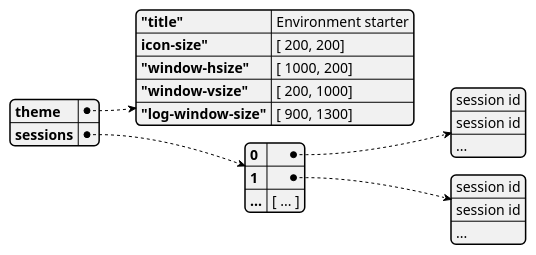
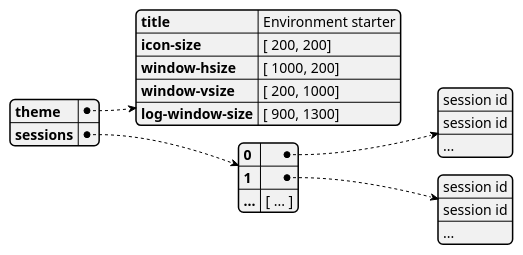
Before and after one commit to MARTIMM/SessionManager: the fifth of 7 diagrams in doc/session-manager.md, drawn with PlantUML. The commit also changed other lines of this file, not shown here.

````diff
--- a/doc/session-manager.md
+++ b/doc/session-manager.md
@@ -199,24 +196,24 @@
 ```plantuml
 @startyaml
 
 theme:
-  "title": Environment starter
+  title: Environment starter
 
-  icon-size": [ 200, 200]
-  "window-hsize": [ 1000, 200]
-  "window-vsize": [ 200, 1000]
-  "log-window-size": [ 900, 1300]
+  icon-size: [ 200, 200]
+  window-hsize: [ 1000, 200]
+  window-vsize: [ 200, 1000]
+  log-window-size: [ 900, 1300]
 
 sessions:
   0:
     - session id
     - session id
     - ...
   1:
     - session id
     - session id
     - ...
   ...: [ ... ]
 
 @endyaml
 ```
````
